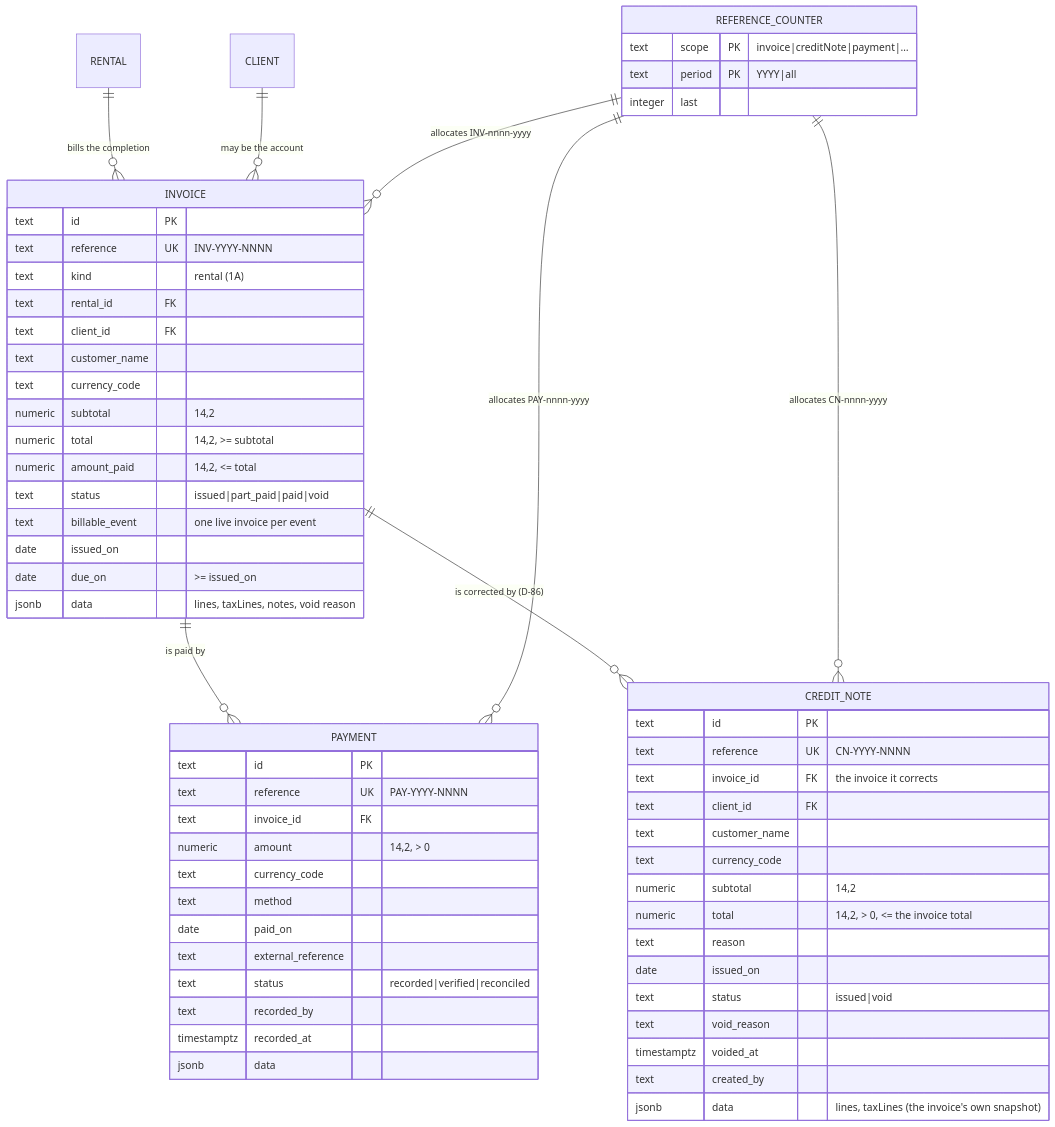
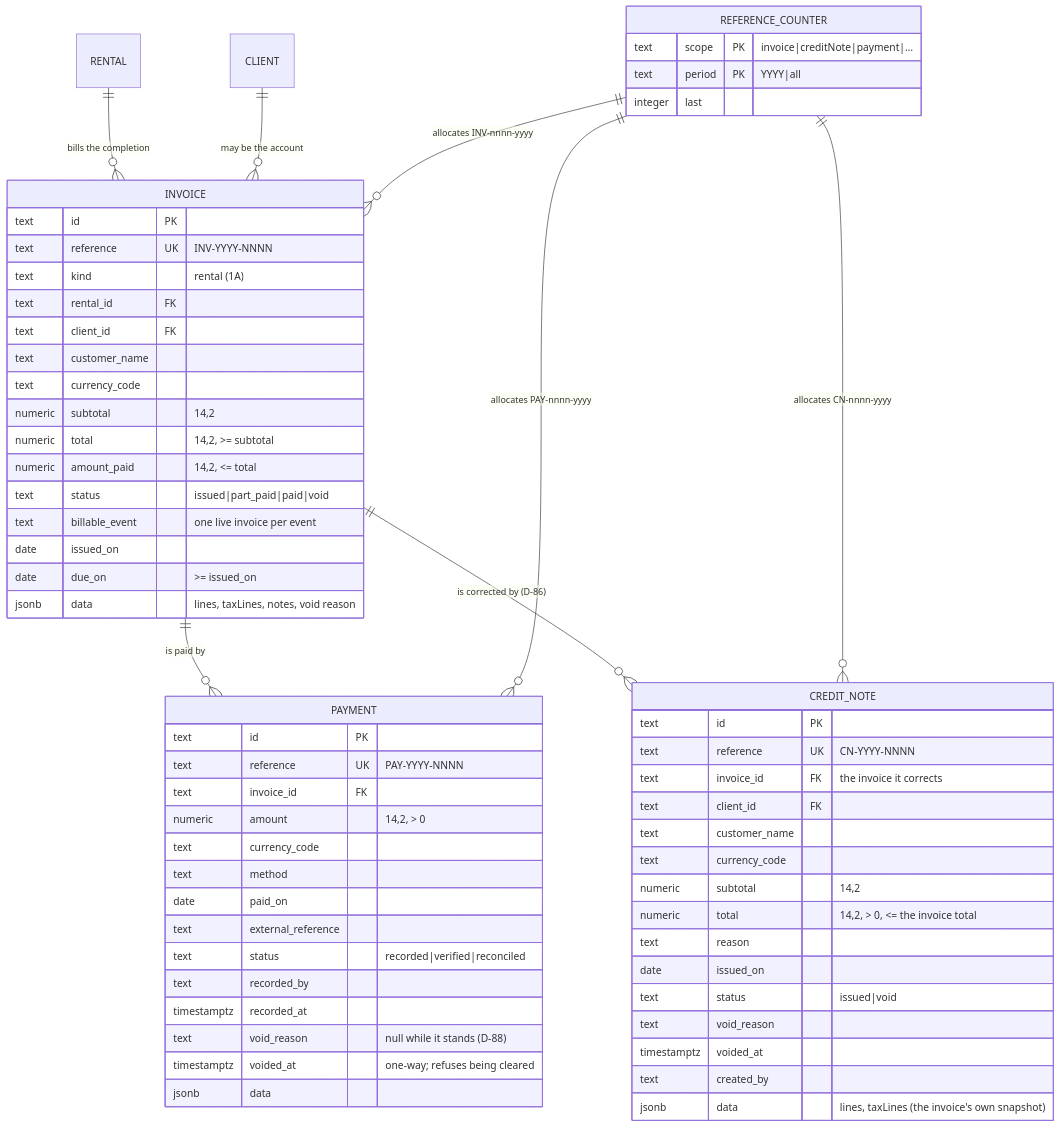
One commit to iwani1/Richie-RTS- changed the fifth of 5 diagrams in docs/ERD.md. Above: the diagram before and after it, drawn with Mermaid. The commit also changed other lines of this file and 36 other files, not shown here.

````diff
--- a/docs/ERD.md
+++ b/docs/ERD.md
@@ -344,67 +344,69 @@
 ```mermaid
 erDiagram
   RENTAL ||--o{ INVOICE : "bills the completion"
   CLIENT ||--o{ INVOICE : "may be the account"
   INVOICE ||--o{ PAYMENT : "is paid by"
   INVOICE ||--o{ CREDIT_NOTE : "is corrected by (D-86)"
   REFERENCE_COUNTER ||--o{ INVOICE : "allocates INV-nnnn-yyyy"
   REFERENCE_COUNTER ||--o{ PAYMENT : "allocates PAY-nnnn-yyyy"
   REFERENCE_COUNTER ||--o{ CREDIT_NOTE : "allocates CN-nnnn-yyyy"
 
   INVOICE {
     text id PK
     text reference UK "INV-YYYY-NNNN"
     text kind "rental (1A)"
     text rental_id FK
     text client_id FK
     text customer_name
     text currency_code
     numeric subtotal "14,2"
     numeric total "14,2, >= subtotal"
     numeric amount_paid "14,2, <= total"
     text status "issued|part_paid|paid|void"
     text billable_event "one live invoice per event"
     date issued_on
     date due_on ">= issued_on"
     jsonb data "lines, taxLines, notes, void reason"
   }
 
   PAYMENT {
     text id PK
     text reference UK "PAY-YYYY-NNNN"
     text invoice_id FK
     numeric amount "14,2, > 0"
     text currency_code
     text method
     date paid_on
     text external_reference
     text status "recorded|verified|reconciled"
     text recorded_by
     timestamptz recorded_at
+    text void_reason "null while it stands (D-88)"
+    timestamptz voided_at "one-way; refuses being cleared"
     jsonb data
   }
 
   CREDIT_NOTE {
     text id PK
     text reference UK "CN-YYYY-NNNN"
     text invoice_id FK "the invoice it corrects"
     text client_id FK
     text customer_name
     text currency_code
     numeric subtotal "14,2"
     numeric total "14,2, > 0, <= the invoice total"
     text reason
     date issued_on
     text status "issued|void"
     text void_reason
     timestamptz voided_at
     text created_by
     jsonb data "lines, taxLines (the invoice's own snapshot)"
   }
 
   REFERENCE_COUNTER {
     text scope PK "invoice|creditNote|payment|…"
     text period PK "YYYY|all"
     integer last
   }
 ```
````
